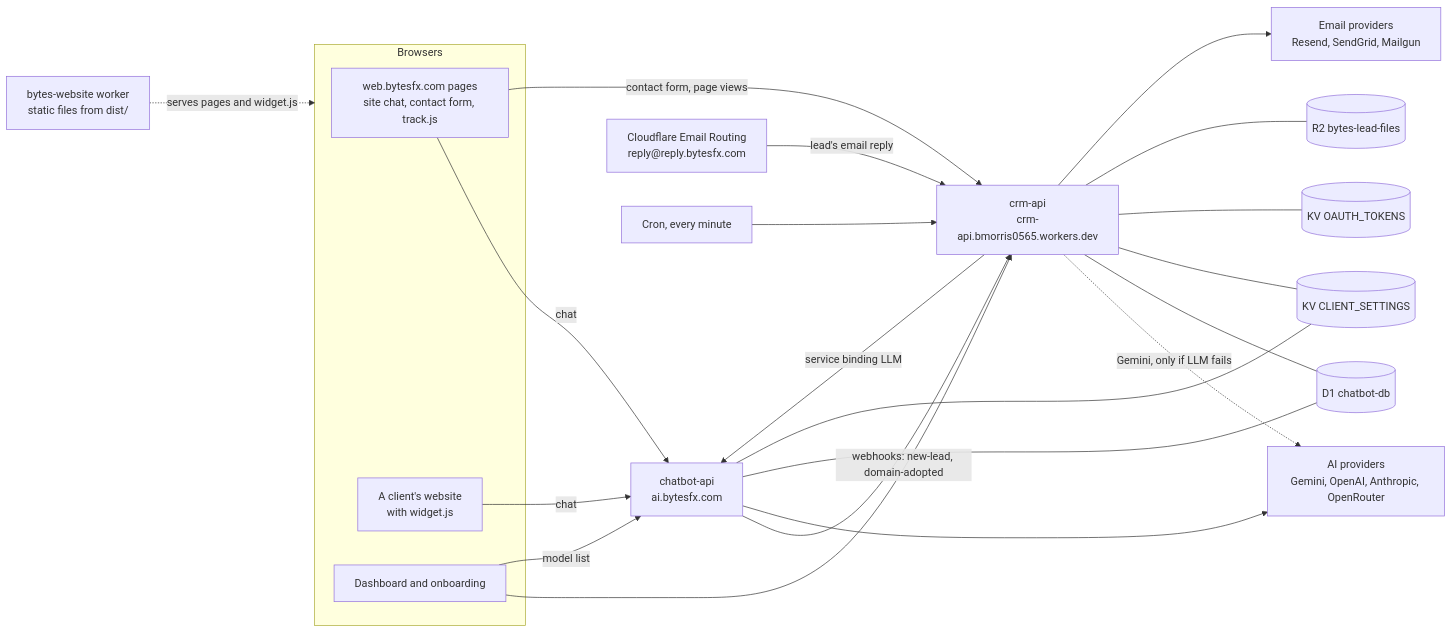
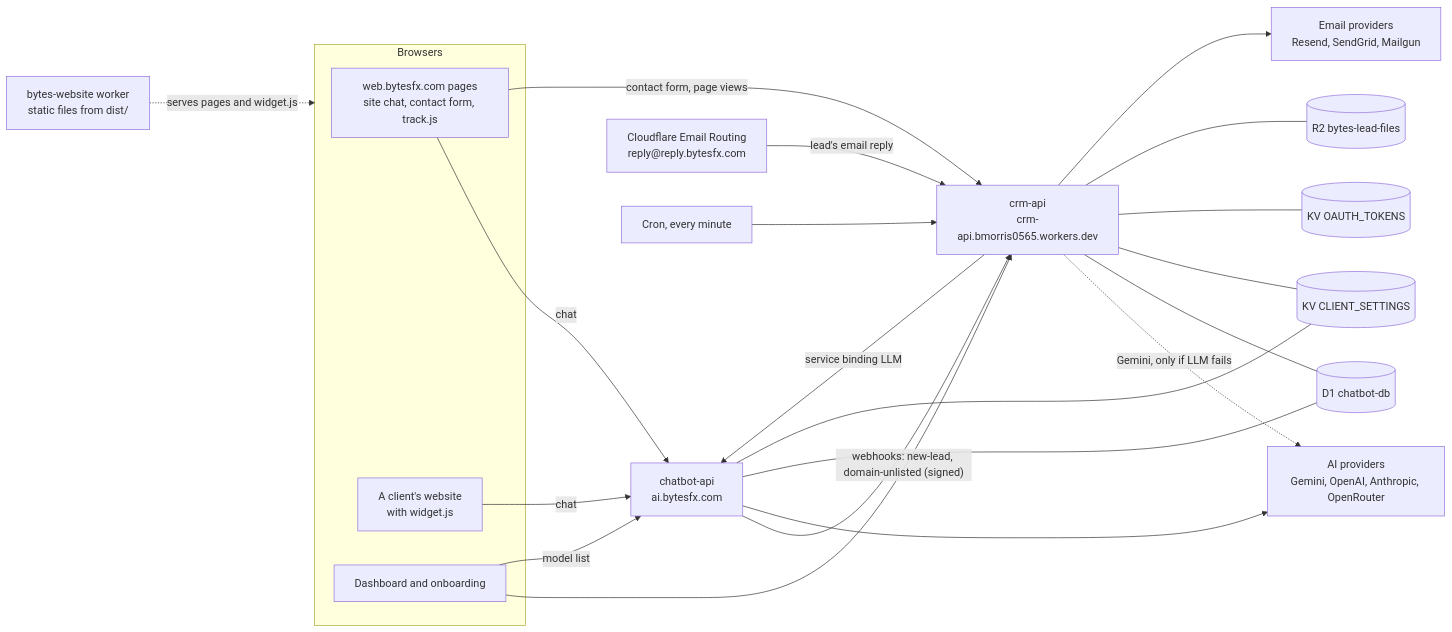
The first of 3 diagrams in docs/knowledge-base.md (jared0565/Bytes-Web), drawn with Mermaid before and after one commit. The commit also changed other lines of this file and 13 other files, not shown here.

First line of the commit message:
Security: one website list, signed webhooks, no debug route (#75)

````diff
--- a/docs/knowledge-base.md
+++ b/docs/knowledge-base.md
@@ -101,39 +101,39 @@
 ```mermaid
 flowchart LR
   subgraph browsers["Browsers"]
     site["web.bytesfx.com pages<br/>site chat, contact form, track.js"]
     widget["A client's website<br/>with widget.js"]
     dash["Dashboard and onboarding"]
   end
   assets["bytes-website worker<br/>static files from dist/"]
   chat["chatbot-api<br/>ai.bytesfx.com"]
   crm["crm-api<br/>crm-api.bmorris0565.workers.dev"]
   d1[("D1 chatbot-db")]
   kvs[("KV CLIENT_SETTINGS")]
   kvo[("KV OAUTH_TOKENS")]
   r2[("R2 bytes-lead-files")]
   ai["AI providers<br/>Gemini, OpenAI, Anthropic, OpenRouter"]
   mail["Email providers<br/>Resend, SendGrid, Mailgun"]
   routing["Cloudflare Email Routing<br/>reply@reply.bytesfx.com"]
   cron["Cron, every minute"]
 
   assets -. "serves pages and widget.js" .-> browsers
   site -- chat --> chat
   widget -- chat --> chat
   site -- "contact form, page views" --> crm
   dash --> crm
   dash -- "model list" --> chat
-  chat -- "webhooks: new-lead, domain-adopted" --> crm
+  chat -- "webhooks: new-lead, domain-unlisted (signed)" --> crm
   crm -- "service binding LLM" --> chat
   chat --> ai
   crm -. "Gemini, only if LLM fails" .-> ai
   chat --- d1
   chat --- kvs
   crm --- d1
   crm --- kvs
   crm --- kvo
   crm --- r2
   crm --> mail
   routing -- "lead's email reply" --> crm
   cron --> crm
 ```
````
